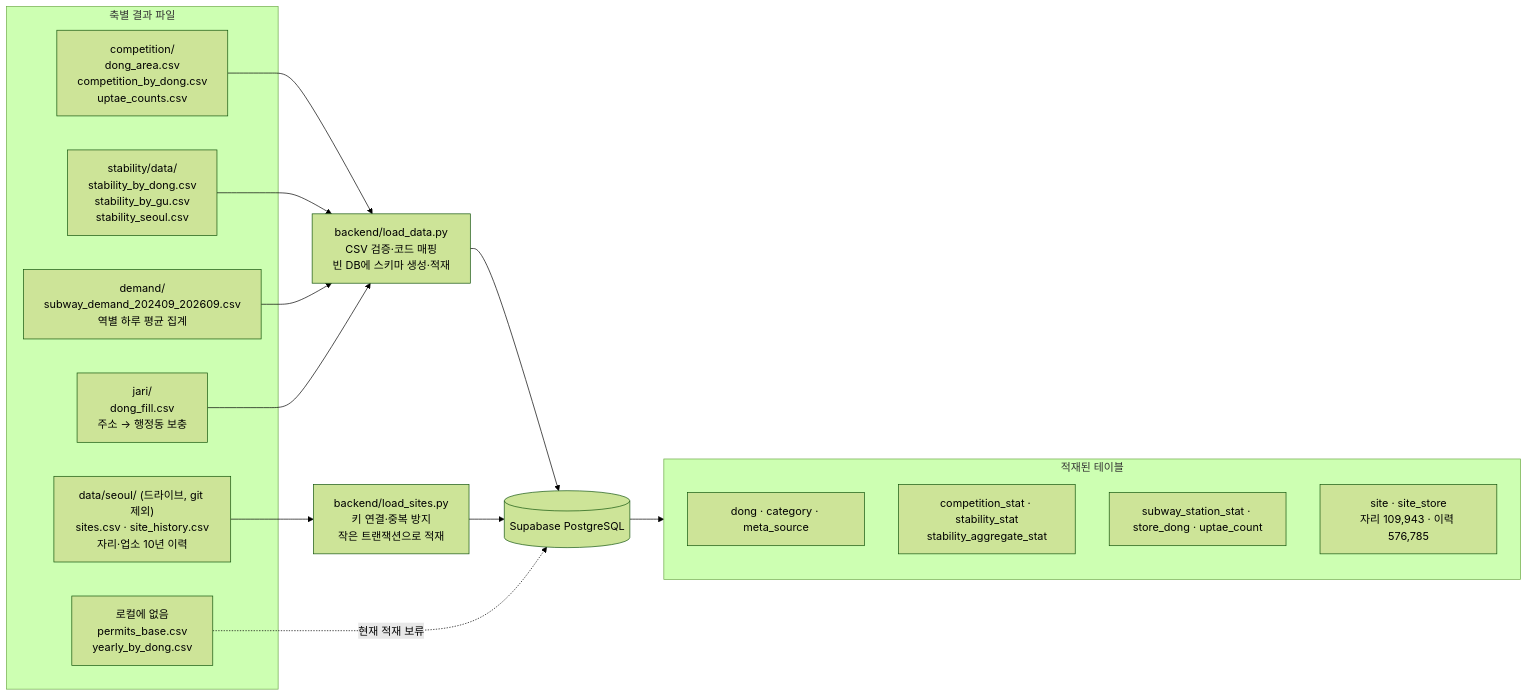
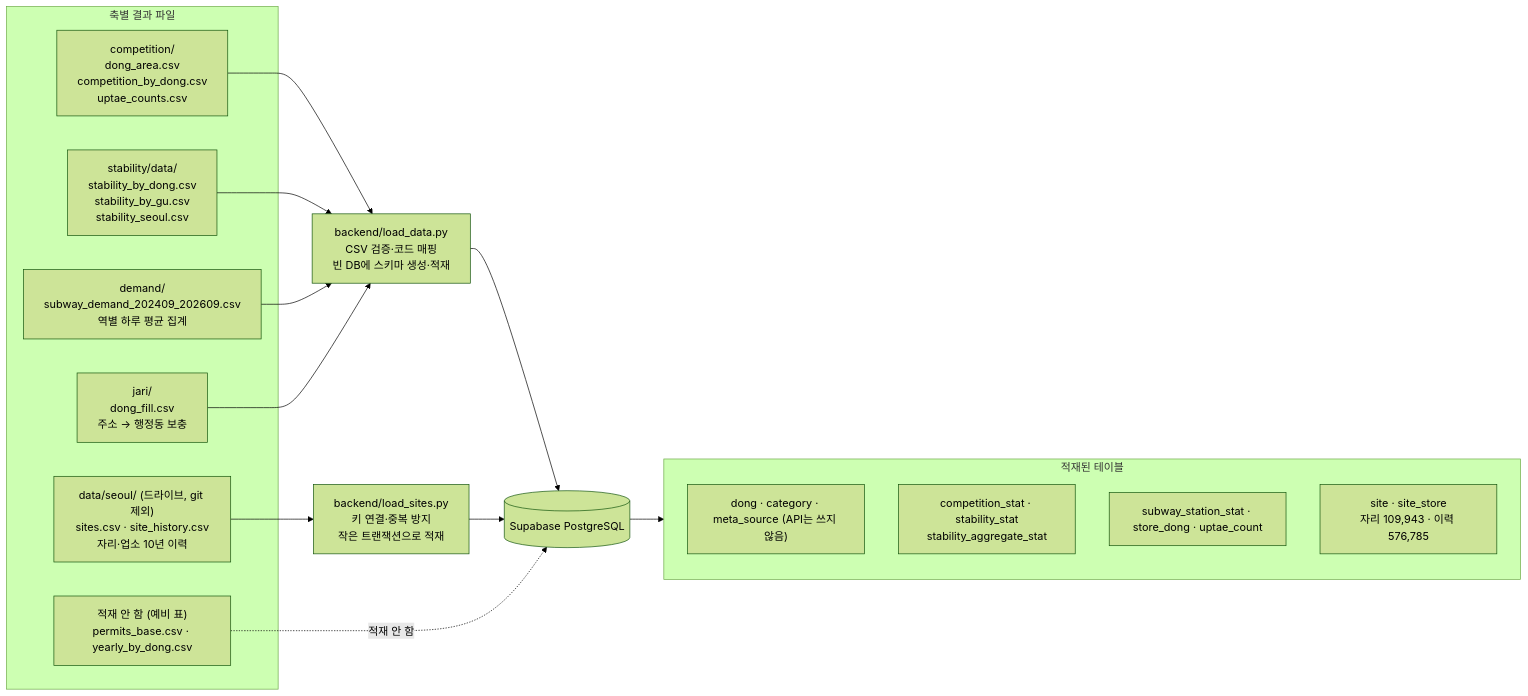
One commit to chloeyschung/where-to-open changed the third of 3 diagrams in docs/architecture.md. Above: the diagram before and after it, drawn with Mermaid (forest theme). The commit also changed other lines of this file and 17 other files, not shown here.

````diff
--- a/docs/architecture.md
+++ b/docs/architecture.md
@@ -46,28 +79,28 @@
 ```mermaid
 flowchart LR
     subgraph SOURCES[축별 결과 파일]
         COMP["competition/<br/>dong_area.csv<br/>competition_by_dong.csv<br/>uptae_counts.csv"]
         STAB["stability/data/<br/>stability_by_dong.csv<br/>stability_by_gu.csv<br/>stability_seoul.csv"]
         DEMAND["demand/<br/>subway_demand_202409_202609.csv<br/>역별 하루 평균 집계"]
         JARI["jari/<br/>dong_fill.csv<br/>주소 → 행정동 보충"]
         SITE["data/seoul/ (드라이브, git 제외)<br/>sites.csv · site_history.csv<br/>자리·업소 10년 이력"]
-        MISSING["로컬에 없음<br/>permits_base.csv<br/>yearly_by_dong.csv"]
+        MISSING["적재 안 함 (예비 표)<br/>permits_base.csv · yearly_by_dong.csv"]
     end
 
     COMP --> LOADER["backend/load_data.py<br/>CSV 검증·코드 매핑<br/>빈 DB에 스키마 생성·적재"]
     STAB --> LOADER
     DEMAND --> LOADER
     JARI --> LOADER
     SITE --> SITELOADER["backend/load_sites.py<br/>키 연결·중복 방지<br/>작은 트랜잭션으로 적재"]
     LOADER --> DB[("Supabase PostgreSQL")]
     SITELOADER --> DB
-    MISSING -.->|현재 적재 보류| DB
+    MISSING -.->|적재 안 함| DB
 
     subgraph TABLES[적재된 테이블]
-        T1["dong · category · meta_source"]
+        T1["dong · category · meta_source (API는 쓰지 않음)"]
         T2["competition_stat · stability_stat<br/>stability_aggregate_stat"]
         T3["subway_station_stat · store_dong · uptae_count"]
         T4["site · site_store<br/>자리 109,943 · 이력 576,785"]
     end
     DB --> TABLES
 ```
````
